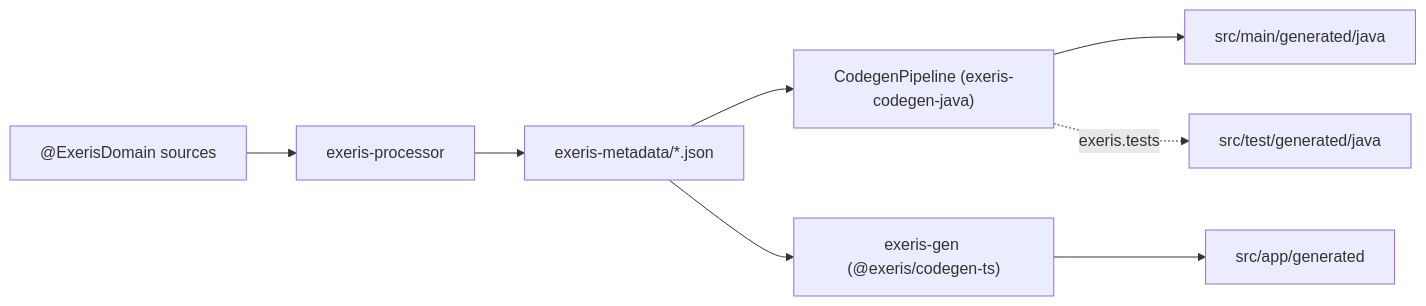
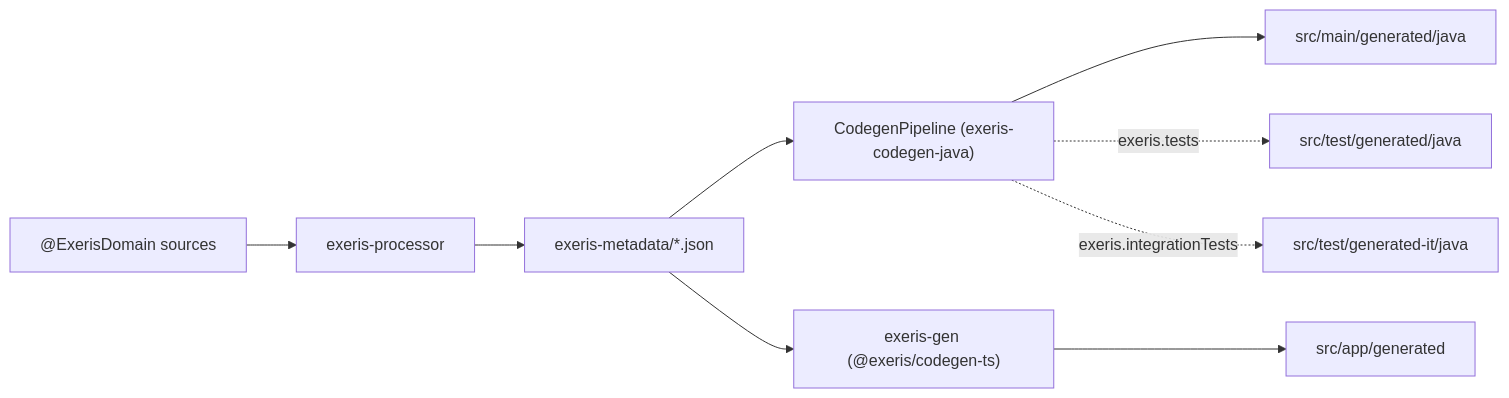
Before and after one commit to exeris-systems/exeris-tooling: the first of 2 diagrams in docs/architecture.md, drawn with Mermaid. The commit also changed 46 other files, not shown here.

First line of the commit message:
feat(codegen-java): emit opt-in integration tests that boot the generated application on H2 (#512)

````diff
--- a/docs/architecture.md
+++ b/docs/architecture.md
@@ -18,16 +18,18 @@
 ```mermaid
 graph LR
     src["@ExerisDomain sources"]
     proc[exeris-processor]
     meta["exeris-metadata/*.json"]
     pipe["CodegenPipeline (exeris-codegen-java)"]
     ts["exeris-gen (@exeris/codegen-ts)"]
     java["src/main/generated/java"]
     tests["src/test/generated/java"]
+    its["src/test/generated-it/java"]
     ng["src/app/generated"]
 
     src --> proc --> meta
     meta --> pipe --> java
     pipe -. "exeris.tests" .-> tests
+    pipe -. "exeris.integrationTests" .-> its
     meta --> ts --> ng
 ```
````
